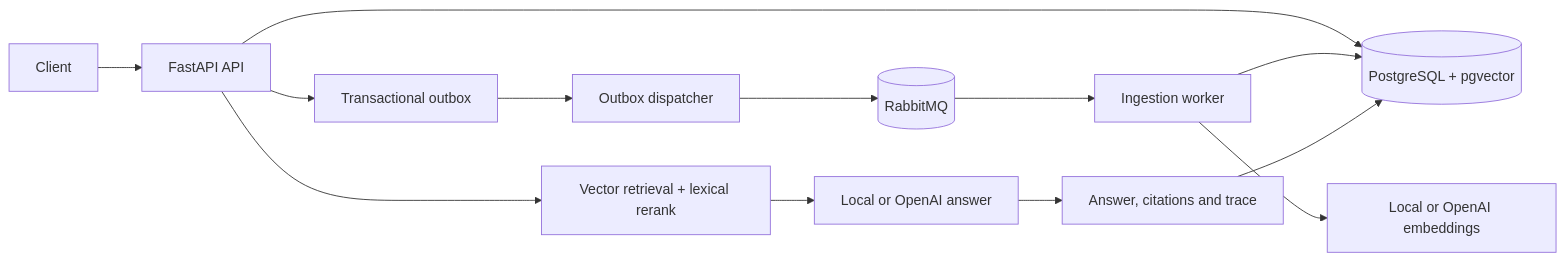
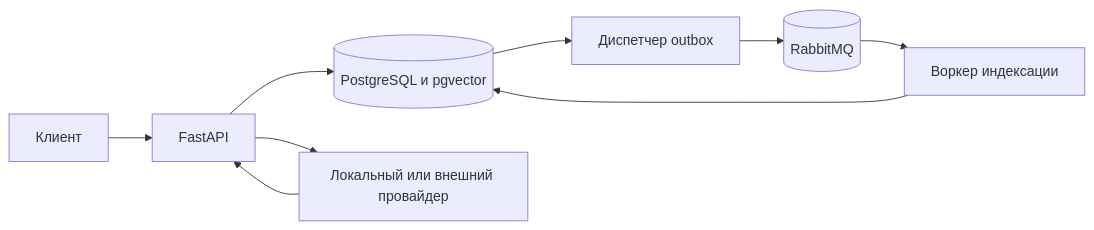
The diagram in docs/architecture.md (dasferwer/evidence-rag), drawn with Mermaid before and after one commit. The commit also changed other lines of this file and 19 other files, not shown here.

````diff
--- a/docs/architecture.md
+++ b/docs/architecture.md
@@ -3,15 +3,11 @@
 ```mermaid
 flowchart LR
-    Client --> API[FastAPI API]
-    API --> DB[(PostgreSQL + pgvector)]
-    API --> OUTBOX[Transactional outbox]
-    OUTBOX --> DISPATCHER[Outbox dispatcher]
-    DISPATCHER --> MQ[(RabbitMQ)]
-    MQ --> WORKER[Ingestion worker]
-    WORKER --> EMBED[Local or OpenAI embeddings]
-    WORKER --> DB
-    API --> RETRIEVE[Vector retrieval + lexical rerank]
-    RETRIEVE --> LLM[Local or OpenAI answer]
-    LLM --> TRACE[Answer, citations and trace]
-    TRACE --> DB
+    Client[Клиент] --> API[FastAPI]
+    API --> DB[(PostgreSQL и pgvector)]
+    DB --> Dispatcher[Диспетчер outbox]
+    Dispatcher --> MQ[(RabbitMQ)]
+    MQ --> Worker[Воркер индексации]
+    Worker --> DB
+    API --> Provider[Локальный или внешний провайдер]
+    Provider --> API
 ```
````
